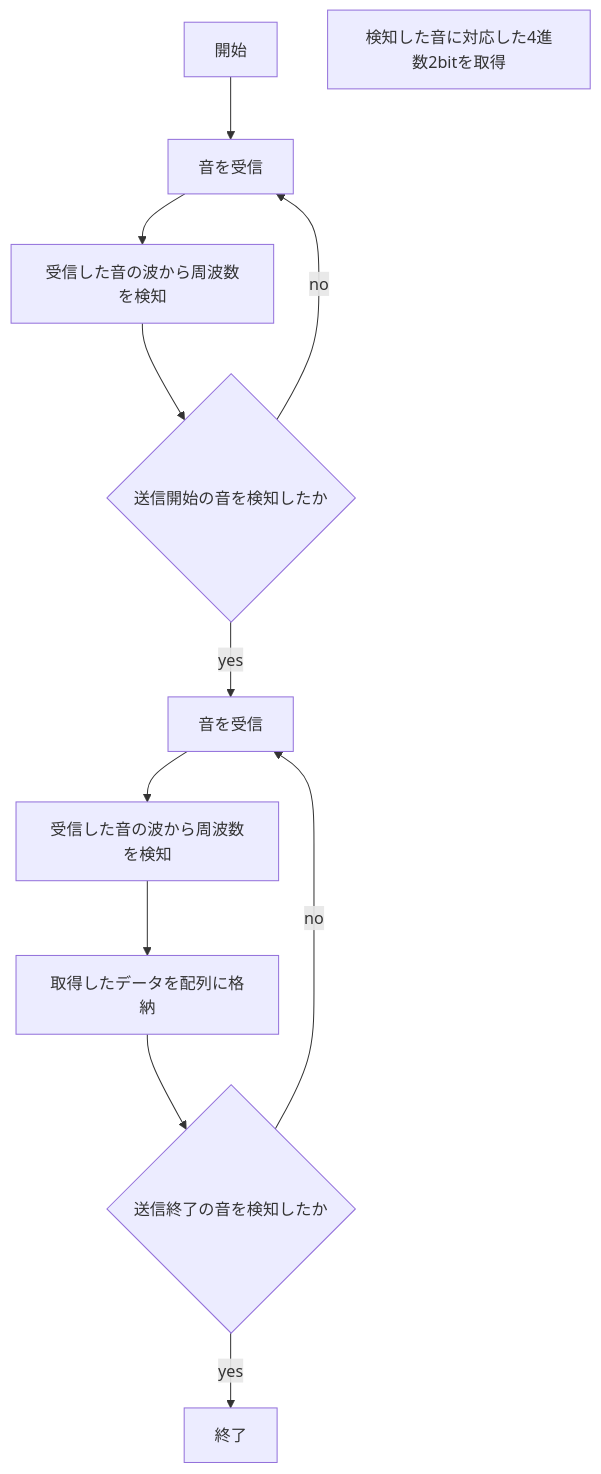
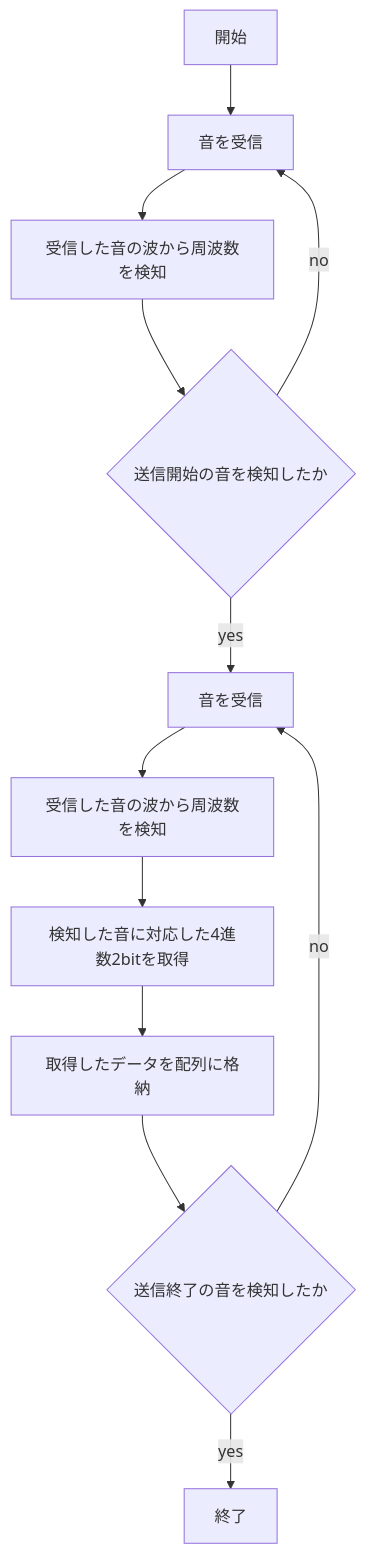
Before and after one commit to kanayuu0404/hakkason: the first of 6 diagrams in README.md, drawn with Mermaid.

Commit message:
音受信フロチャloop修正

````diff
--- a/README.md
+++ b/README.md
@@ -3,25 +3,26 @@
 ```mermaid
 flowchart TD;
 
 start["開始"];
 end1["終了"]
 jyusinn["音を受信"]
 jyusinn2["音を受信"]
 syuuha["受信した音の波から周波数を検知"]
 syuuha2["受信した音の波から周波数を検知"]
 if1{"送信開始の音を検知したか"}
 syutoku["検知した音に対応した4進数2bitを取得"]
 kakuno["取得したデータを配列に格納"]
 if2{"送信終了の音を検知したか"}
 
 start --> jyusinn
 jyusinn --> syuuha
 syuuha --> if1
 if1 -->|yes| jyusinn2
 if1 -->|no| jyusinn
 jyusinn2 --> syuuha2
-syuuha2 --> kakuno
+syuuha2 --> syutoku
+syutoku --> kakuno
 kakuno --> if2
 if2 -->|yes| end1
 if2 -->|no| jyusinn2
 ```
````
